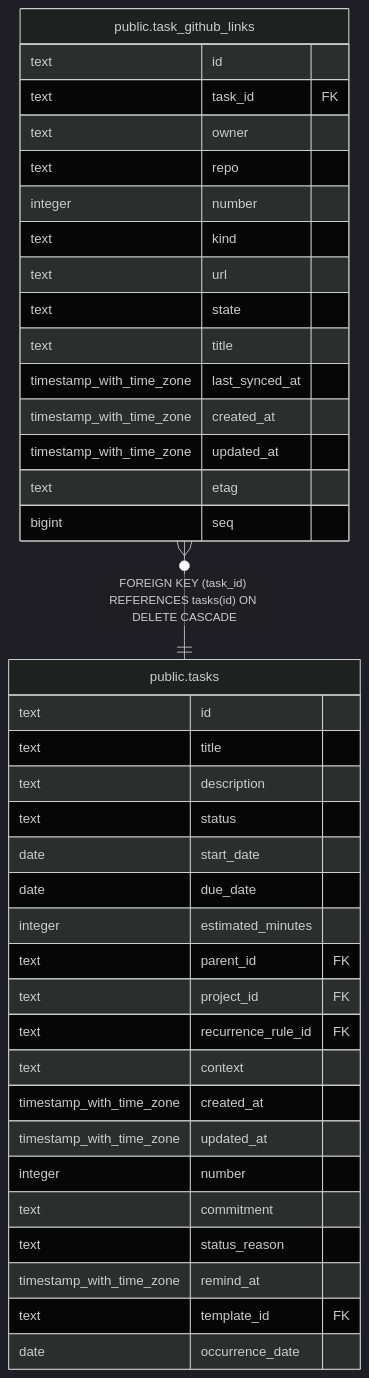
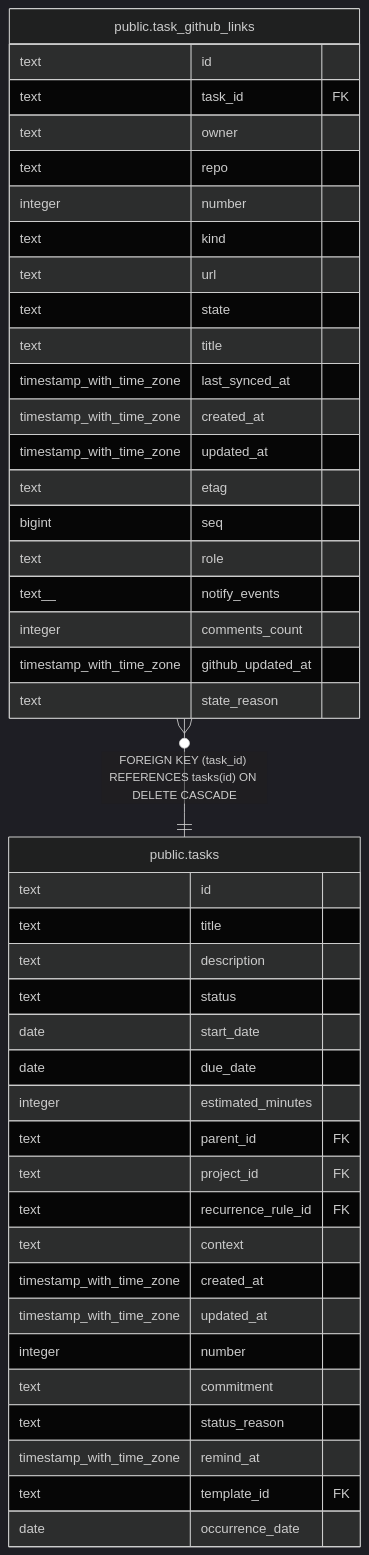
Before and after one commit to fohte/tq: the diagram in docs/db/public.task_github_links.md, drawn with Mermaid (dark theme). The commit also changed other lines of this file and 25 other files, not shown here.

````diff
--- a/docs/db/public.task_github_links.md
+++ b/docs/db/public.task_github_links.md
@@ -45,43 +52,48 @@
 ```mermaid
 erDiagram
 
 "public.task_github_links" }o--|| "public.tasks" : "FOREIGN KEY (task_id) REFERENCES tasks(id) ON DELETE CASCADE"
 
 "public.task_github_links" {
   text id
   text task_id FK
   text owner
   text repo
   integer number
   text kind
   text url
   text state
   text title
   timestamp_with_time_zone last_synced_at
   timestamp_with_time_zone created_at
   timestamp_with_time_zone updated_at
   text etag
   bigint seq
+  text role
+  text__ notify_events
+  integer comments_count
+  timestamp_with_time_zone github_updated_at
+  text state_reason
 }
 "public.tasks" {
   text id
   text title
   text description
   text status
   date start_date
   date due_date
   integer estimated_minutes
   text parent_id FK
   text project_id FK
   text recurrence_rule_id FK
   text context
   timestamp_with_time_zone created_at
   timestamp_with_time_zone updated_at
   integer number
   text commitment
   text status_reason
   timestamp_with_time_zone remind_at
   text template_id FK
   date occurrence_date
 }
 ```
````
